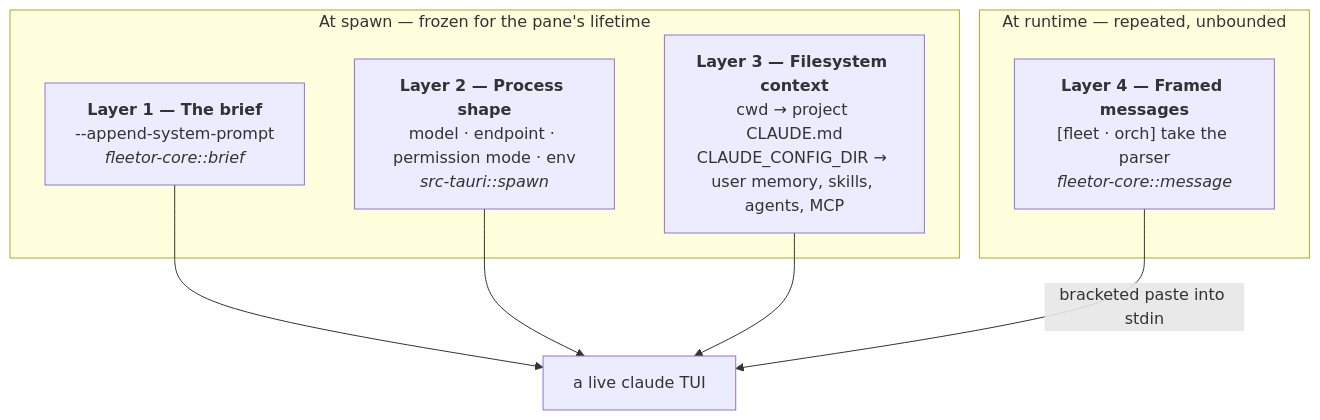
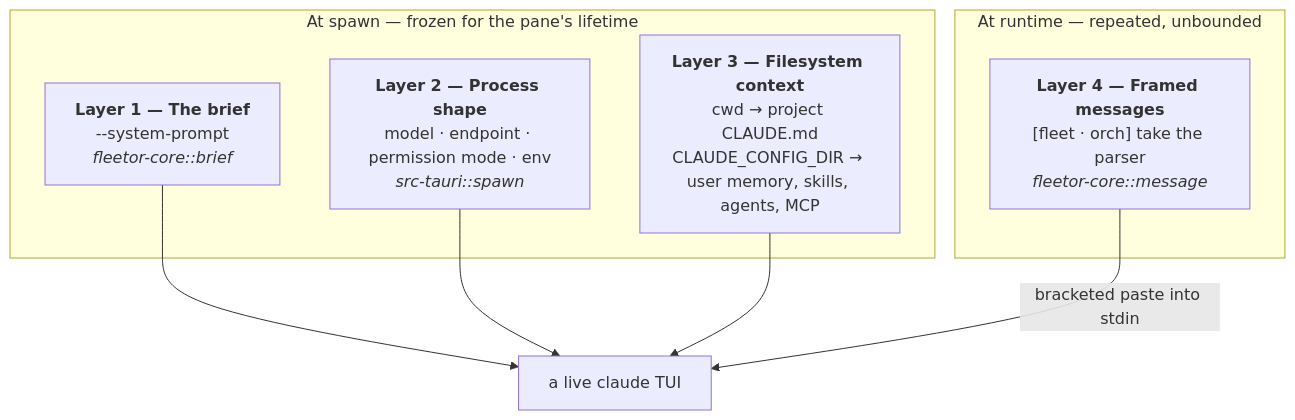
Before and after one commit to rubikron/fleetor: the diagram in docs/context-architecture.md, drawn with Mermaid. The commit also changed other lines of this file and 11 other files, not shown here.

````diff
--- a/docs/context-architecture.md
+++ b/docs/context-architecture.md
@@ -21,15 +21,15 @@
 ```mermaid
 graph TB
     subgraph spawn["At spawn — frozen for the pane's lifetime"]
-        L1["<b>Layer 1 — The brief</b><br/>--append-system-prompt<br/><i>fleetor-core::brief</i>"]
+        L1["<b>Layer 1 — The brief</b><br/>--system-prompt<br/><i>fleetor-core::brief</i>"]
         L2["<b>Layer 2 — Process shape</b><br/>model · endpoint · permission mode · env<br/><i>src-tauri::spawn</i>"]
         L3["<b>Layer 3 — Filesystem context</b><br/>cwd → project CLAUDE.md<br/>CLAUDE_CONFIG_DIR → user memory, skills, agents, MCP"]
     end
     subgraph run["At runtime — repeated, unbounded"]
         L4["<b>Layer 4 — Framed messages</b><br/>[fleet · orch] take the parser<br/><i>fleetor-core::message</i>"]
     end
     L1 --> PANE["a live claude TUI"]
     L2 --> PANE
     L3 --> PANE
     L4 -->|"bracketed paste into stdin"| PANE
 ```
````
